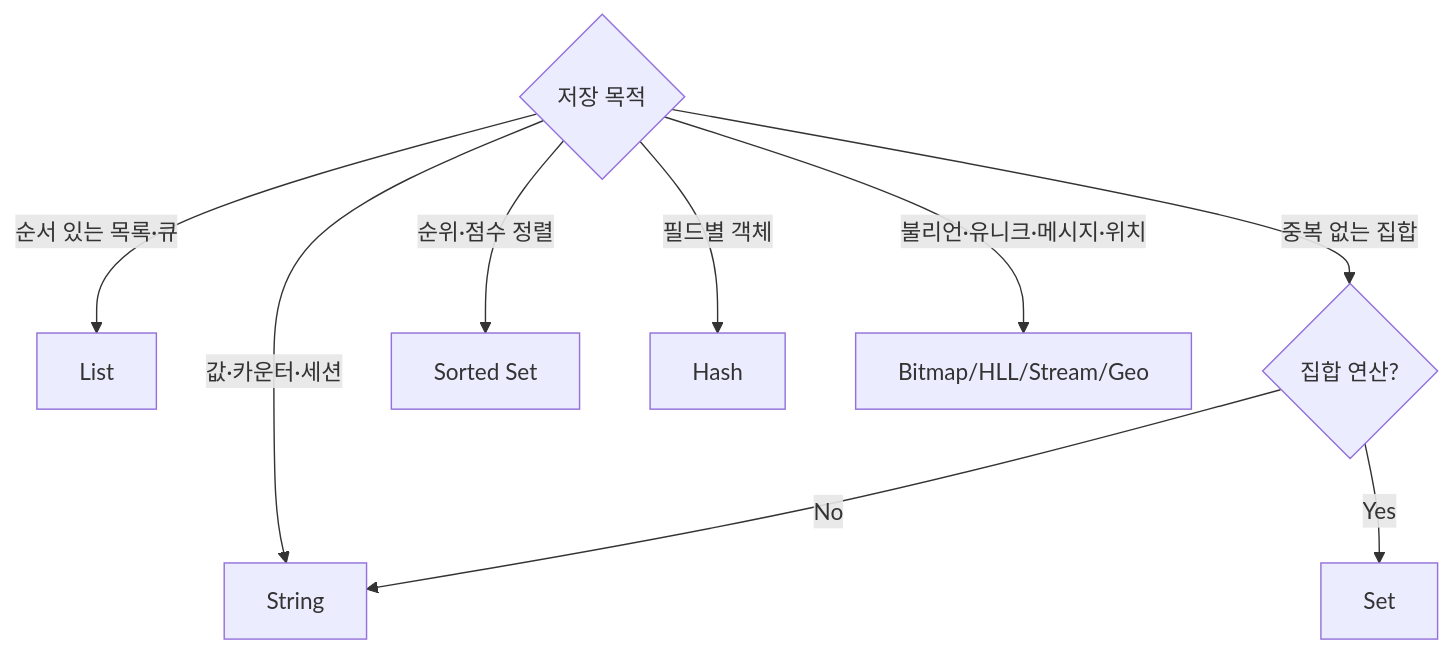
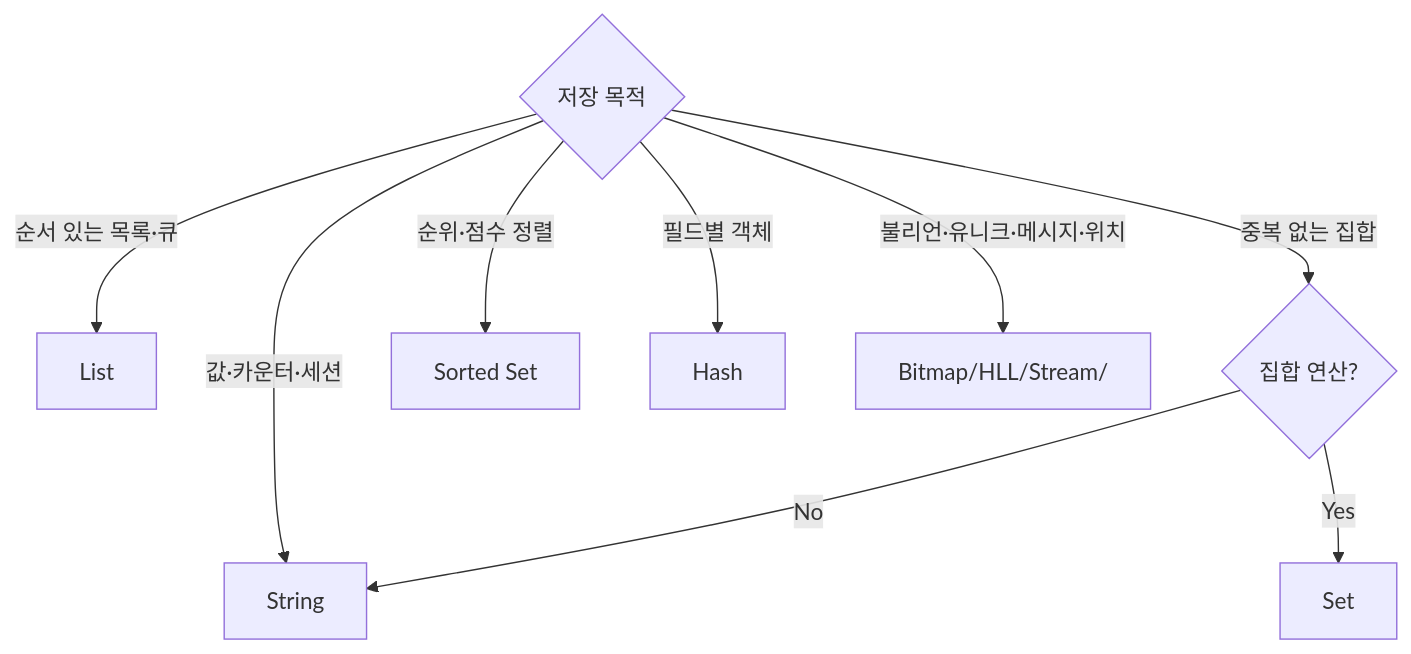
Before and after one commit to yjkim2015/yjkim2015.github.io: the diagram in _posts/redis/2026-05-01-redis-data-structures.md, drawn with Mermaid. The commit also changed 271 other files, not shown here.

First line of the commit message:
Mermaid 라벨 축소: 긴 노드 텍스트 18자 이하로 트림 + \n 제거

````diff
--- a/_posts/redis/2026-05-01-redis-data-structures.md
+++ b/_posts/redis/2026-05-01-redis-data-structures.md
@@ -448,11 +448,11 @@
 ```mermaid
 graph TD
     Q1{"저장 목적"} -->|값·카운터·세션| STRING["String"]
     Q1 -->|순서 있는 목록·큐| LIST["List"]
     Q1 -->|중복 없는 집합| Q2{"집합 연산?"}
     Q1 -->|순위·점수 정렬| ZSET["Sorted Set"]
     Q1 -->|필드별 객체| HASH["Hash"]
-    Q1 -->|불리언·유니크·메시지·위치| OTHER["Bitmap/HLL/Stream/Geo"]
+    Q1 -->|불리언·유니크·메시지·위치| OTHER["Bitmap/HLL/Stream/"]
     Q2 -->|Yes| SET["Set"]
     Q2 -->|No| STRING
 ```
````
